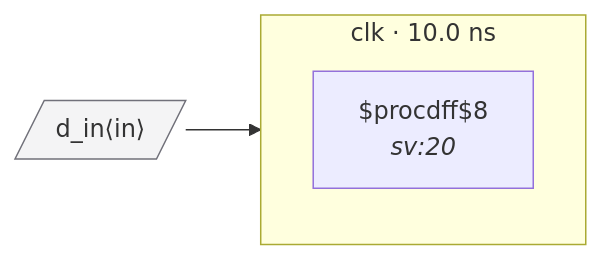
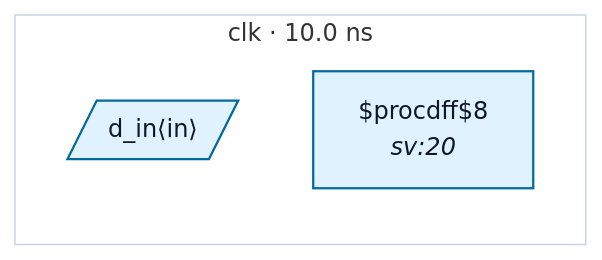
One commit to rtl-buddy/rtl-buddy-cdc changed the diagram in tests/fixtures/bad_derived_async_reset_unsync/README.md. Above: the diagram before and after it, drawn with Mermaid. The commit also changed 71 other files, not shown here.

````diff
--- a/tests/fixtures/bad_derived_async_reset_unsync/README.md
+++ b/tests/fixtures/bad_derived_async_reset_unsync/README.md
@@ -16,11 +16,13 @@
 ```mermaid
 %% bad_derived_async_reset_unsync — generated by rtl-buddy-cdc render
 flowchart LR
   subgraph clk_clk["clk · 10.0 ns"]
     direction TB
-    f_6c626a54["$procdff$8<br/><i>sv:20</i>"]
+    p_in_d_in[/"d_in⟨in⟩"/]:::ckcls_clk
+    f_6c626a54["$procdff$8<br/><i>sv:20</i>"]:::ckcls_clk
   end
-  p_in_d_in[/"d_in⟨in⟩"/]:::port
-  p_in_d_in --> f_6c626a54
-  classDef port fill:#f4f4f5,stroke:#71717a
+  style clk_clk fill:none,stroke:#cbd5e1
+  classDef ckcls_clk fill:#e0f2fe,stroke:#0369a1,stroke-width:1.5px,color:#0f172a
+  classDef port_unassigned fill:#f4f4f5,stroke:#71717a,color:#0f172a
+  classDef ckcls_legend_neutral fill:#ffffff,stroke:#cbd5e1,stroke-width:1px,color:#0f172a
 ```
````
